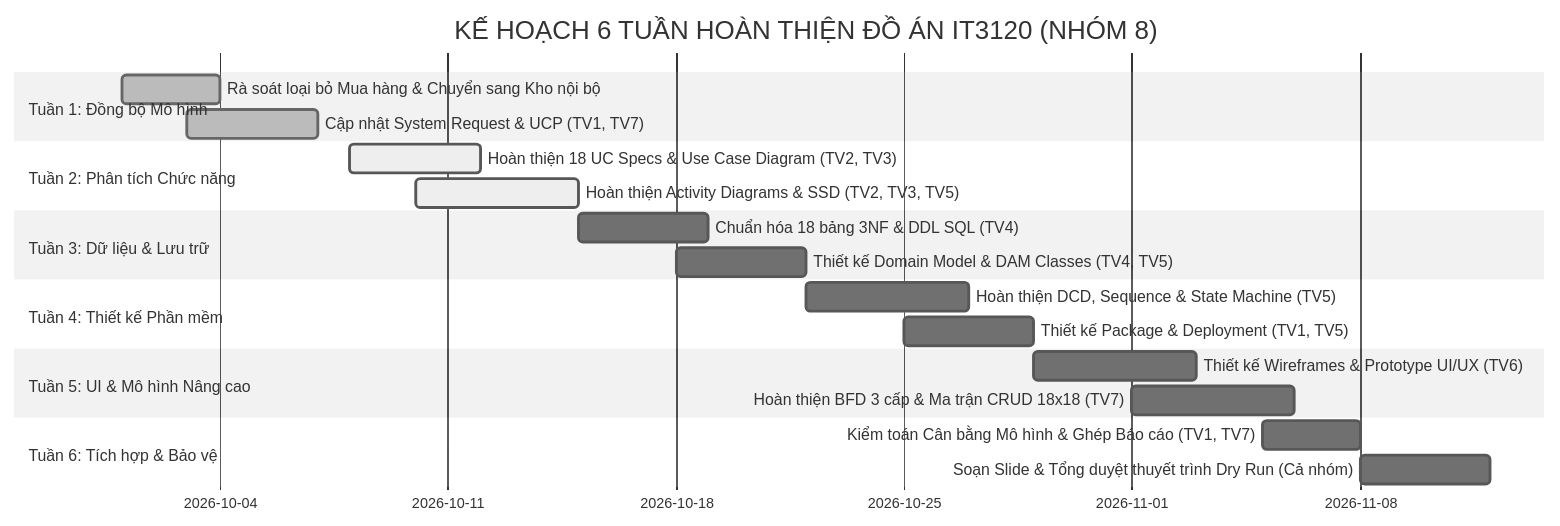
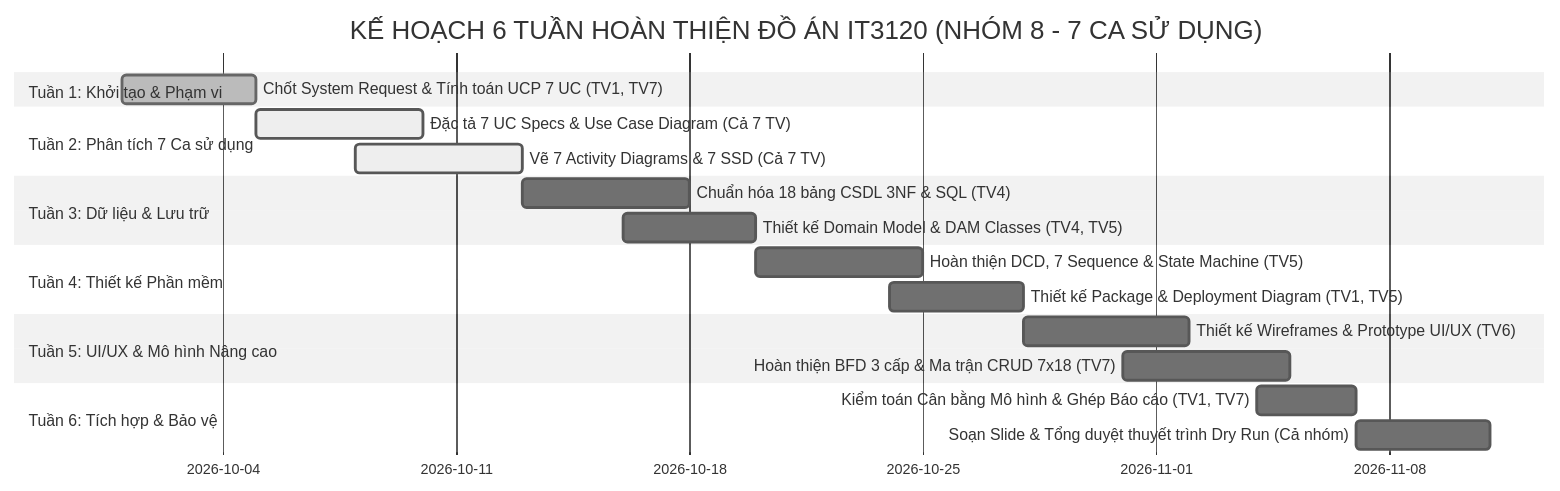
The diagram in BTL-QuanLyKhoHang/PHAN-CONG-NHIEM-VU.md (vuhoabinh2416137/G8_Quanlysanphamvakhohang), drawn with Mermaid (neutral theme) before and after one commit. The commit also changed other lines of this file and 18 other files, not shown here.

Commit message:
feat(model): Chuan hoa 07 Use Case cot loi can bang 1-1 cho 7 thanh vien, cap nhat UCP 82.76, BFD, specs va diagrams

````diff
--- a/BTL-QuanLyKhoHang/PHAN-CONG-NHIEM-VU.md
+++ b/BTL-QuanLyKhoHang/PHAN-CONG-NHIEM-VU.md
@@ -170,23 +211,22 @@
 ```mermaid
 gantt
-    title KẾ HOẠCH 6 TUẦN HOÀN THIỆN ĐỒ ÁN IT3120 (NHÓM 8)
+    title KẾ HOẠCH 6 TUẦN HOÀN THIỆN ĐỒ ÁN IT3120 (NHÓM 8 - 7 CA SỬ DỤNG)
     dateFormat  YYYY-MM-DD
-    section Tuần 1: Đồng bộ Mô hình
-    Rà soát loại bỏ Mua hàng & Chuyển sang Kho nội bộ :done, w1_1, 2026-10-01, 3d
-    Cập nhật System Request & UCP (TV1, TV7)          :done, w1_2, 2026-10-03, 4d
-    section Tuần 2: Phân tích Chức năng
-    Hoàn thiện 18 UC Specs & Use Case Diagram (TV2, TV3):active, w2_1, 2026-10-08, 4d
-    Hoàn thiện Activity Diagrams & SSD (TV2, TV3, TV5) :active, w2_2, 2026-10-10, 5d
+    section Tuần 1: Khởi tạo & Phạm vi
+    Chốt System Request & Tính toán UCP 7 UC (TV1, TV7) :done, w1_1, 2026-10-01, 4d
+    section Tuần 2: Phân tích 7 Ca sử dụng
+    Đặc tả 7 UC Specs & Use Case Diagram (Cả 7 TV)     :active, w2_1, 2026-10-05, 5d
+    Vẽ 7 Activity Diagrams & 7 SSD (Cả 7 TV)           :active, w2_2, 2026-10-08, 5d
     section Tuần 3: Dữ liệu & Lưu trữ
-    Chuẩn hóa 18 bảng 3NF & DDL SQL (TV4)             :w3_1, 2026-10-15, 4d
-    Thiết kế Domain Model & DAM Classes (TV4, TV5)    :w3_2, 2026-10-18, 4d
+    Chuẩn hóa 18 bảng CSDL 3NF & SQL (TV4)             :w3_1, 2026-10-13, 5d
+    Thiết kế Domain Model & DAM Classes (TV4, TV5)     :w3_2, 2026-10-16, 4d
     section Tuần 4: Thiết kế Phần mềm
-    Hoàn thiện DCD, Sequence & State Machine (TV5)    :w4_1, 2026-10-22, 5d
-    Thiết kế Package & Deployment (TV1, TV5)          :w4_2, 2026-10-25, 4d
-    section Tuần 5: UI & Mô hình Nâng cao
-    Thiết kế Wireframes & Prototype UI/UX (TV6)       :w5_1, 2026-10-29, 5d
-    Hoàn thiện BFD 3 cấp & Ma trận CRUD 18x18 (TV7)   :w5_2, 2026-11-01, 5d
+    Hoàn thiện DCD, 7 Sequence & State Machine (TV5)   :w4_1, 2026-10-20, 5d
+    Thiết kế Package & Deployment Diagram (TV1, TV5)   :w4_2, 2026-10-24, 4d
+    section Tuần 5: UI/UX & Mô hình Nâng cao
+    Thiết kế Wireframes & Prototype UI/UX (TV6)        :w5_1, 2026-10-28, 5d
+    Hoàn thiện BFD 3 cấp & Ma trận CRUD 7x18 (TV7)     :w5_2, 2026-10-31, 5d
     section Tuần 6: Tích hợp & Bảo vệ
-    Kiểm toán Cân bằng Mô hình & Ghép Báo cáo (TV1, TV7):w6_1, 2026-11-05, 3d
-    Soạn Slide & Tổng duyệt thuyết trình Dry Run (Cả nhóm):w6_2, 2026-11-08, 4d
+    Kiểm toán Cân bằng Mô hình & Ghép Báo cáo (TV1, TV7):w6_1, 2026-11-04, 3d
+    Soạn Slide & Tổng duyệt thuyết trình Dry Run (Cả nhóm):w6_2, 2026-11-07, 4d
 ```
````
